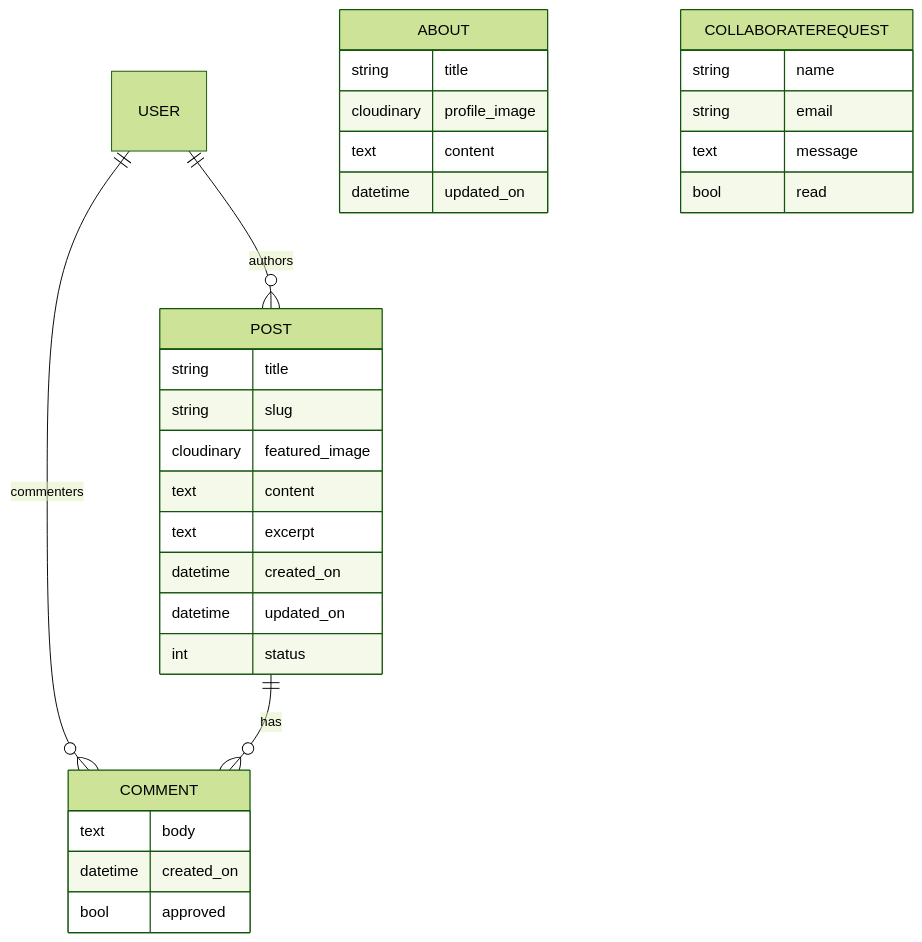
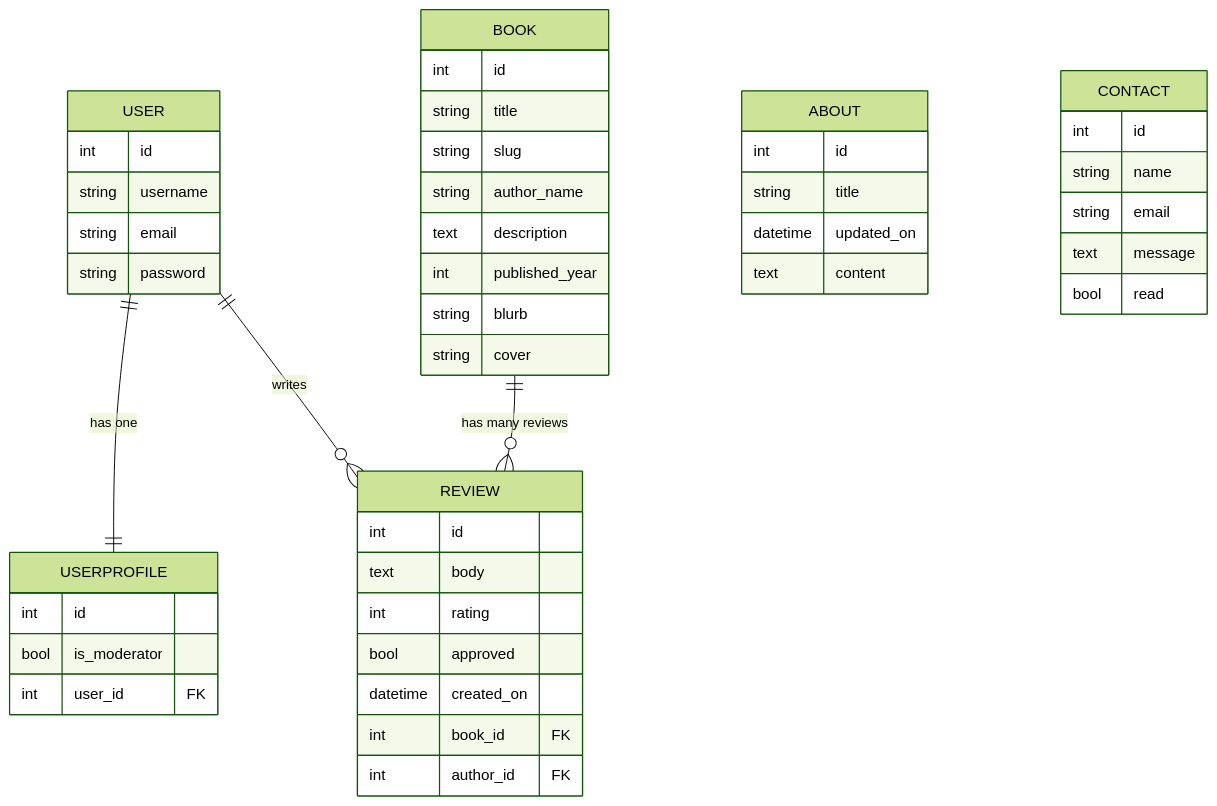
Before and after one commit to RadwanDuadu/100Reads: the diagram in README.md, drawn with Mermaid (forest theme). The commit also changed other lines of this file, not shown here.

Commit message:
Add data model section to readme

````diff
--- a/README.md
+++ b/README.md
@@ -259,33 +227,56 @@
 ```mermaid
 erDiagram
-    USER ||--o{ POST : "authors"
-    USER ||--o{ COMMENT : "commenters"
-    POST ||--o{ COMMENT : "has"
-    POST {
+    USER {
+        int id
+        string username
+        string email
+        string password
+    }
+
+    USERPROFILE {
+        int id
+        bool is_moderator
+        int user_id FK
+    }
+
+    BOOK {
+        int id
         string title
         string slug
-        cloudinary featured_image
+        string author_name
+        text description
+        int published_year
+        string blurb
+        string cover
+    }
+
+    REVIEW {
+        int id
+        text body
+        int rating
+        bool approved
+        datetime created_on
+        int book_id FK
+        int author_id FK
+    }
+
+    ABOUT {
+        int id
+        string title
+        datetime updated_on
         text content
-        text excerpt
-        datetime created_on
-        datetime updated_on
-        int status
     }
-    COMMENT {
-        text body
-        datetime created_on
-        bool approved
-    }
-    ABOUT {
-        string title
-        cloudinary profile_image
-        text content
-        datetime updated_on
-    }
-    COLLABORATEREQUEST {
+
+    CONTACT {
+        int id
         string name
         string email
         text message
         bool read
     }
+
+    %% Relationships
+    USER ||--|| USERPROFILE : "has one"
+    USER ||--o{ REVIEW : "writes"
+    BOOK ||--o{ REVIEW : "has many reviews"
 ```
````
